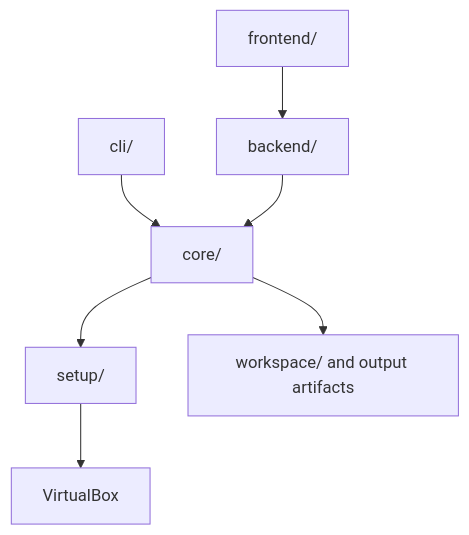
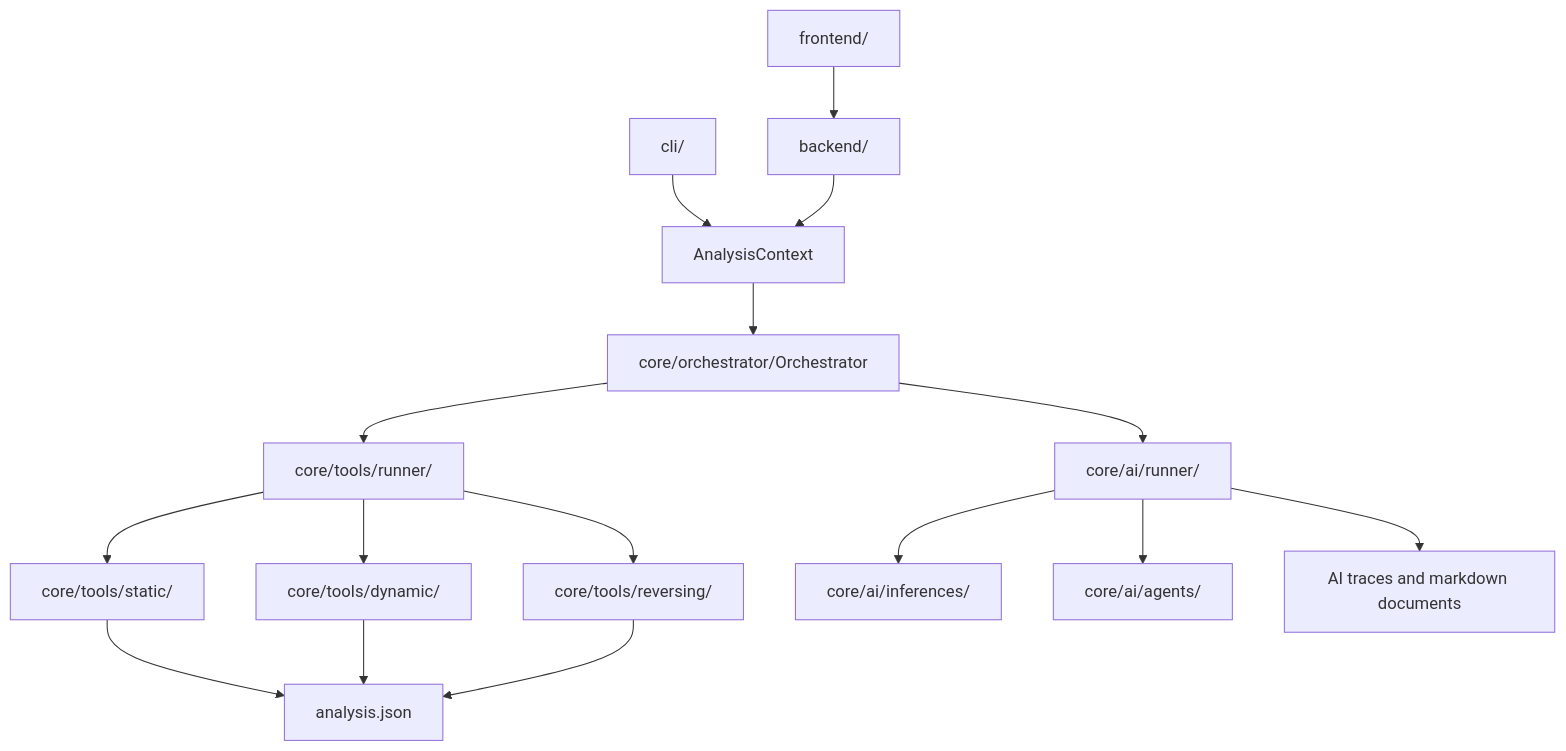
Before and after one commit to pablo-972/AIM: the diagram in docs/architecture/README.md, drawn with Mermaid. The commit also changed other lines of this file and 11 other files, not shown here.

````diff
--- a/docs/architecture/README.md
+++ b/docs/architecture/README.md
@@ -6,9 +9,23 @@
 ```mermaid
 flowchart TD
-    CLI[cli/] --> Core[core/]
-    Backend[backend/] --> Core
+    CLI[cli/] --> Context[AnalysisContext]
+    Backend[backend/] --> Context
     Frontend[frontend/] --> Backend
-    Setup[setup/] --> VBox[VirtualBox]
-    Core --> Setup
-    Core --> Artifacts[workspace/ and output artifacts]
+
+    Context --> Orchestrator[core/orchestrator/Orchestrator]
+
+    Orchestrator --> ToolRunners[core/tools/runner/]
+    Orchestrator --> AIRunners[core/ai/runner/]
+
+    ToolRunners --> StaticTools[core/tools/static/]
+    ToolRunners --> DynamicTools[core/tools/dynamic/]
+    ToolRunners --> ReversingTools[core/tools/reversing/]
+
+    AIRunners --> Inferences[core/ai/inferences/]
+    AIRunners --> Agents[core/ai/agents/]
+
+    StaticTools --> AnalysisJson[analysis.json]
+    DynamicTools --> AnalysisJson
+    ReversingTools --> AnalysisJson
+    AIRunners --> TraceFiles[AI traces and markdown documents]
 ```
````
